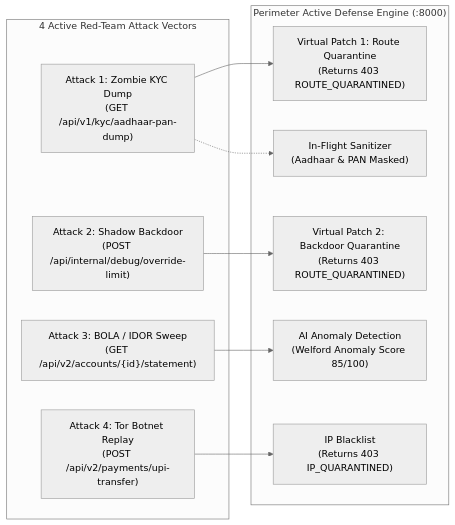
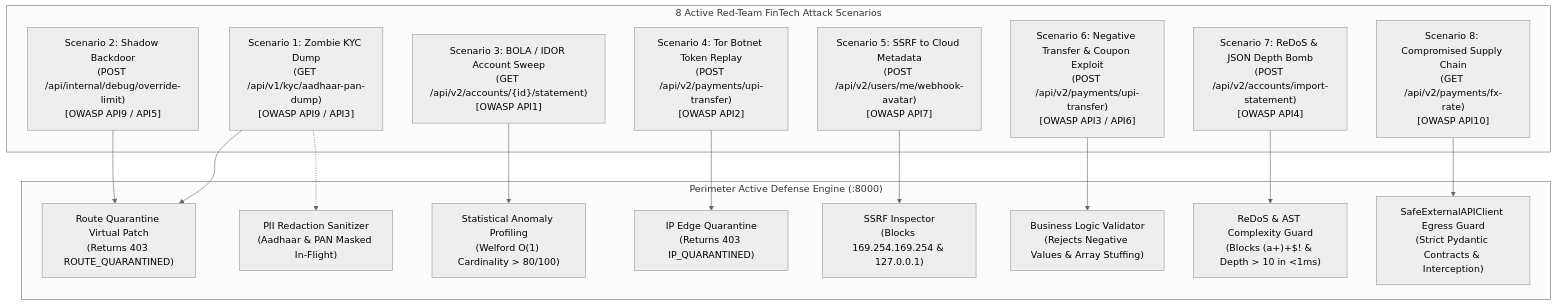
The diagram in docs/simulation.md (vaidzss/perimeter), drawn with Mermaid (neutral theme) before and after one commit. The commit also changed other lines of this file and 3 other files, not shown here.

Commit message:
docs: document comprehensive 8 attack scenarios, deep semantic inspection, and supply-chain defense in simulation guide

````diff
--- a/docs/simulation.md
+++ b/docs/simulation.md
@@ -15,23 +17,34 @@
 ```mermaid
-flowchart LR
-    subgraph Attacks["4 Active Red-Team Attack Vectors"]
-        A1["Attack 1: Zombie KYC Dump\n(GET /api/v1/kyc/aadhaar-pan-dump)"]
-        A2["Attack 2: Shadow Backdoor\n(POST /api/internal/debug/override-limit)"]
-        A3["Attack 3: BOLA / IDOR Sweep\n(GET /api/v2/accounts/{id}/statement)"]
-        A4["Attack 4: Tor Botnet Replay\n(POST /api/v2/payments/upi-transfer)"]
+flowchart TD
+    subgraph Attacks["8 Active Red-Team FinTech Attack Scenarios"]
+        A1["Scenario 1: Zombie KYC Dump\n(GET /api/v1/kyc/aadhaar-pan-dump)\n[OWASP API9 / API3]"]
+        A2["Scenario 2: Shadow Backdoor\n(POST /api/internal/debug/override-limit)\n[OWASP API9 / API5]"]
+        A3["Scenario 3: BOLA / IDOR Account Sweep\n(GET /api/v2/accounts/{id}/statement)\n[OWASP API1]"]
+        A4["Scenario 4: Tor Botnet Token Replay\n(POST /api/v2/payments/upi-transfer)\n[OWASP API2]"]
+        A5["Scenario 5: SSRF to Cloud Metadata\n(POST /api/v2/users/me/webhook-avatar)\n[OWASP API7]"]
+        A6["Scenario 6: Negative Transfer & Coupon Exploit\n(POST /api/v2/payments/upi-transfer)\n[OWASP API3 / API6]"]
+        A7["Scenario 7: ReDoS & JSON Depth Bomb\n(POST /api/v2/accounts/import-statement)\n[OWASP API4]"]
+        A8["Scenario 8: Compromised Supply Chain\n(GET /api/v2/payments/fx-rate)\n[OWASP API10]"]
     end
 
     subgraph Defense["Perimeter Active Defense Engine (:8000)"]
-        D1["Virtual Patch 1: Route Quarantine\n(Returns 403 ROUTE_QUARANTINED)"]
-        D2["Virtual Patch 2: Backdoor Quarantine\n(Returns 403 ROUTE_QUARANTINED)"]
-        D3["AI Anomaly Detection\n(Welford Anomaly Score 85/100)"]
-        D4["IP Blacklist\n(Returns 403 IP_QUARANTINED)"]
-        D5["In-Flight Sanitizer\n(Aadhaar & PAN Masked)"]
+        D1["Route Quarantine Virtual Patch\n(Returns 403 ROUTE_QUARANTINED)"]
+        D2["PII Redaction Sanitizer\n(Aadhaar & PAN Masked In-Flight)"]
+        D3["Statistical Anomaly Profiling\n(Welford O(1) Cardinality > 80/100)"]
+        D4["IP Edge Quarantine\n(Returns 403 IP_QUARANTINED)"]
+        D5["SSRF Inspector\n(Blocks 169.254.169.254 & 127.0.0.1)"]
+        D6["Business Logic Validator\n(Rejects Negative Values & Array Stuffing)"]
+        D7["ReDoS & AST Complexity Guard\n(Blocks (a+)+$! & Depth > 10 in <1ms)"]
+        D8["SafeExternalAPIClient Egress Guard\n(Strict Pydantic Contracts & Interception)"]
     end
 
     A1 --> D1
-    A1 -.-> D5
-    A2 --> D2
+    A1 -.-> D2
+    A2 --> D1
     A3 --> D3
     A4 --> D4
+    A5 --> D5
+    A6 --> D6
+    A7 --> D7
+    A8 --> D8
 ```
````
